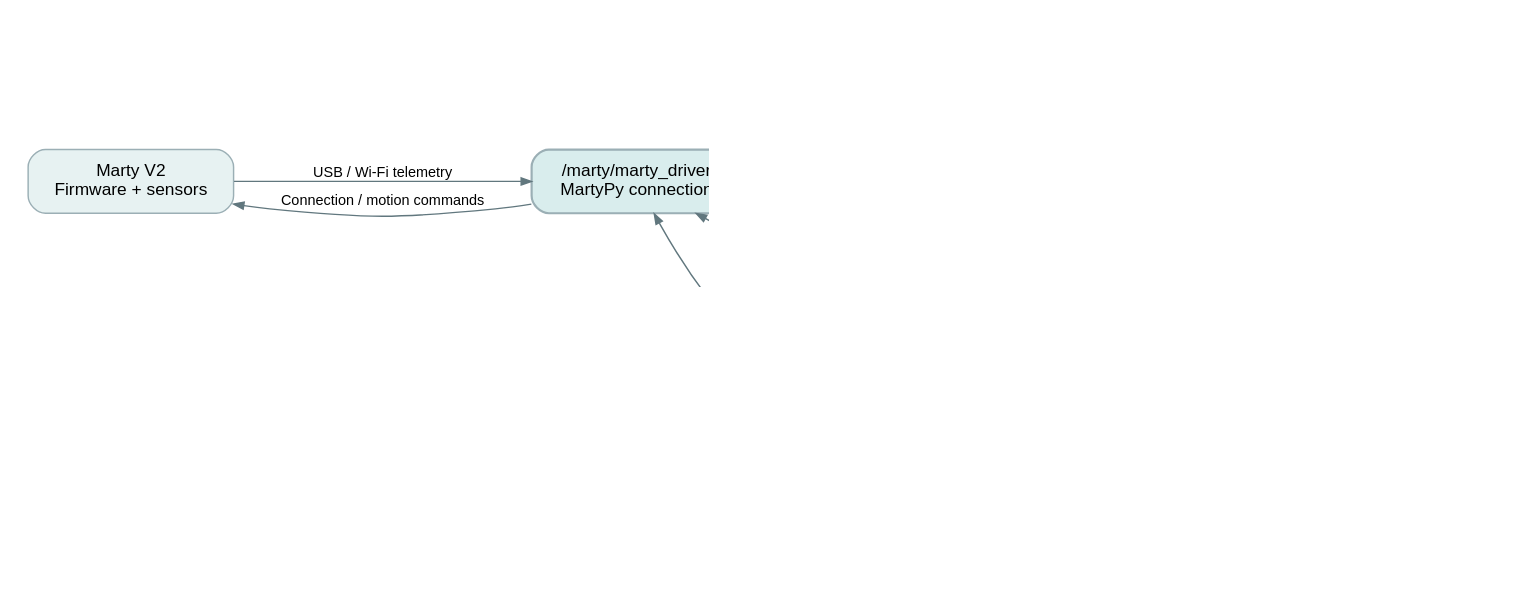
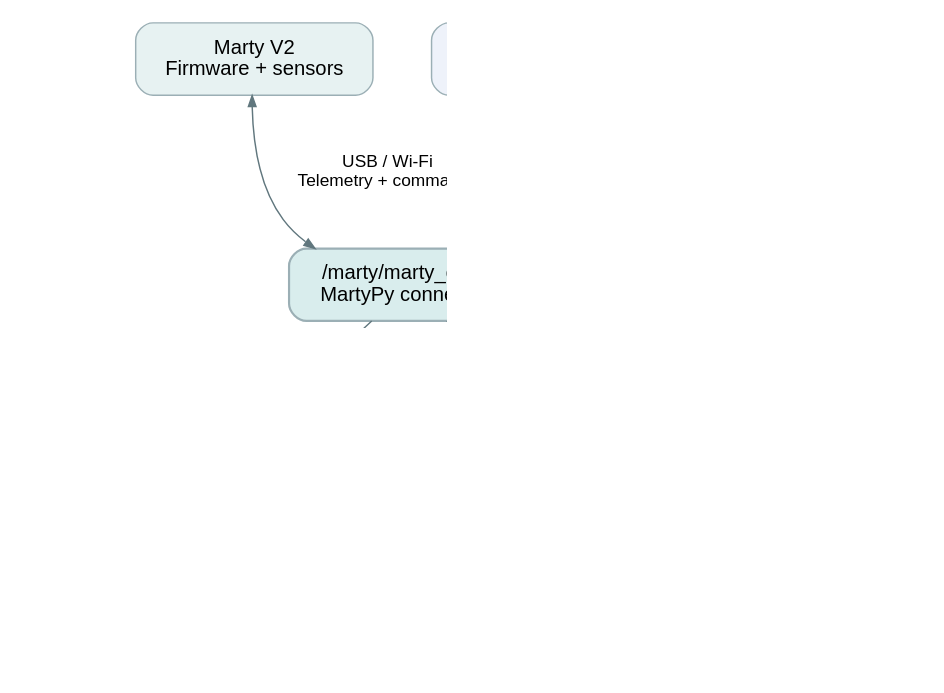
One commit to robotical/marty-ros2 changed the diagram in docs/ros-graphs/marty-overview.dot. Above: the diagram before and after it, drawn with Graphviz. The commit also changed 5 other files, not shown here.

Commit message:
Improve guide heading rendering and ROS graph readability

```diff
--- a/docs/ros-graphs/marty-overview.dot
+++ b/docs/ros-graphs/marty-overview.dot
@@ -1,26 +1,21 @@
 digraph Marty {
-  graph [rankdir=LR, bgcolor="white", pad=0.25, nodesep=0.45, ranksep=0.7,
-         fontname="Helvetica", fontsize=13, dpi=160];
+  graph [rankdir=TB, bgcolor="white", pad=0.2, nodesep=0.55, ranksep=0.55,
+         fontname="Helvetica", fontsize=14, dpi=160];
   node [shape=box, style="rounded,filled", fillcolor="#f4f7f8", color="#9bafb5",
-        fontname="Helvetica", fontsize=12, margin="0.16,0.12"];
-  edge [fontname="Helvetica", fontsize=10, color="#61777e", arrowsize=0.7];
+        fontname="Helvetica", fontsize=14, margin="0.18,0.14"];
+  edge [fontname="Helvetica", fontsize=12, color="#61777e", arrowsize=0.75];
   robot [label="Marty V2\nFirmware + sensors", fillcolor="#e7f2f2"];
+  client [label="ROS node / ROS CLI\nService + action client", fillcolor="#eef2fa"];
   driver [label="/marty/marty_driver\nMartyPy connection", fillcolor="#d9eded", penwidth=1.5];
-  topics [label="Measurement topics\n/marty/imu/data_raw\n/marty/joint_states\n/marty/servo_states\n/marty/battery\n/marty/telemetry"];
-  status [label="State topics\n/marty/status\n/marty/diagnostics"];
-  subscriber [label="ROS node\nor ros2 topic echo", fillcolor="#eef2fa"];
-  client [label="ROS node\nor ROS CLI", fillcolor="#eef2fa"];
-  services [label="Services (Trigger)\n/marty/connect\n/marty/disconnect\n/marty/stop"];
-  action [label="Action (Motion)\n/marty/motion\nGoal · feedback · result"];
-  robot -> driver [label="USB / Wi-Fi telemetry"];
-  driver -> robot [label="Connection / motion commands", constraint=false];
-  driver -> topics [label="publish · best effort"];
+  topics [label="Measurement topics · best effort\n/marty/imu/data_raw\n/marty/joint_states\n/marty/servo_states\n/marty/battery\n/marty/telemetry"];
+  status [label="State topics · reliable\n/marty/status (transient-local)\n/marty/diagnostics"];
+  subscriber [label="ROS node / ros2 topic echo\nTopic subscriber", fillcolor="#eef2fa"];
+  {rank=same; robot; client}
+  {rank=same; topics; status}
+  robot -> driver [label="USB / Wi-Fi\nTelemetry + commands", dir=both];
+  client -> driver [label="Services · std_srvs/srv/Trigger\n/marty/connect · /marty/disconnect · /marty/stop\n\nAction · marty_interfaces/action/Motion\n/marty/motion · goal, feedback, result", dir=both];
+  driver -> topics [label="publish"];
   driver -> status [label="publish"];
   topics -> subscriber [label="subscribe"];
   status -> subscriber [label="subscribe"];
-  client -> services [label="request / response"];
-  client -> action [label="goal / feedback / result"];
-  services -> driver [label="serve", constraint=false];
-  action -> driver [label="execute", constraint=false];
-  {rank=same; topics; status; services; action}
 }
```
